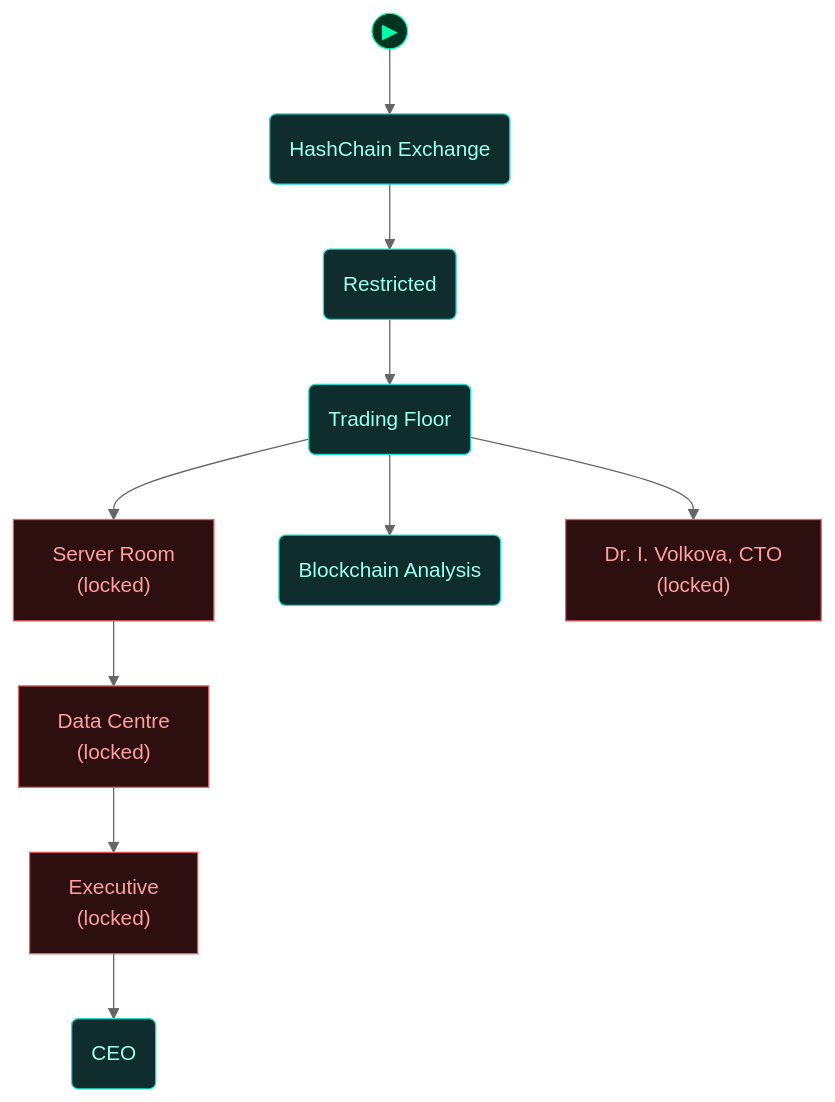
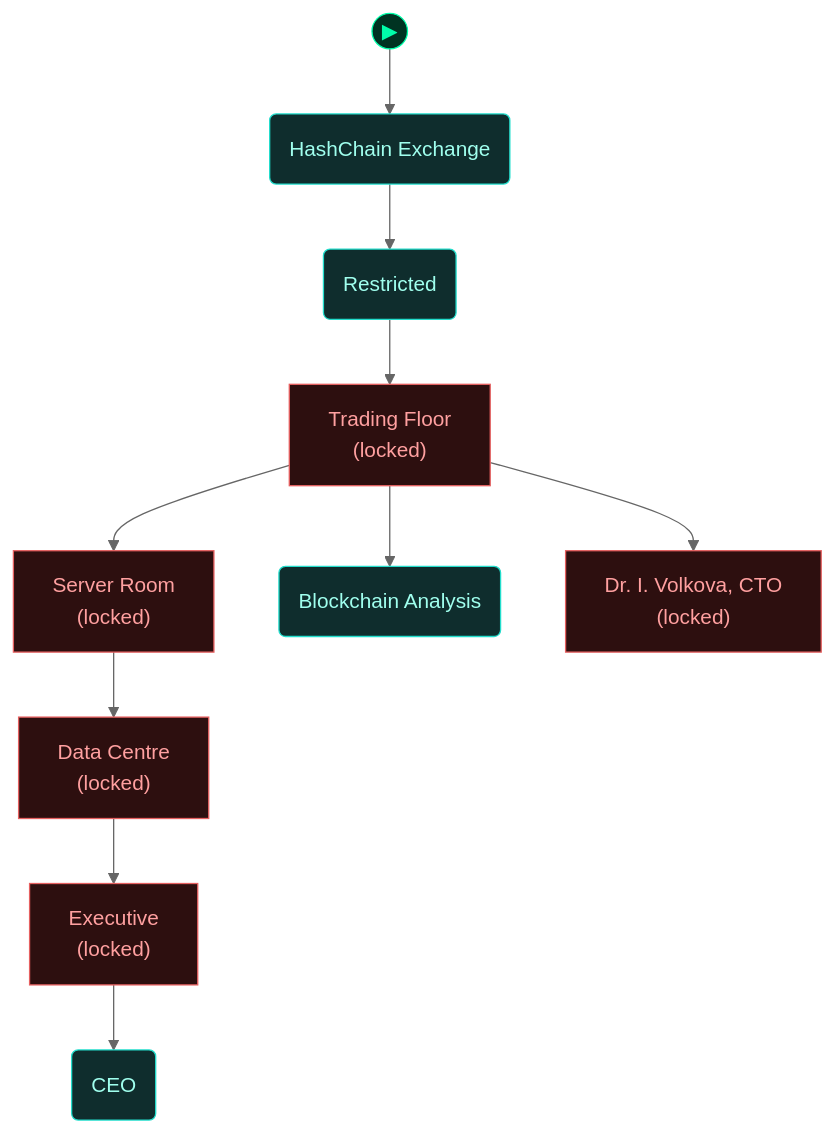
Before and after one commit to cliffe/BreakEscape: the fourth of 5 diagrams in scenarios/m06_follow_the_money/dungeon_graph.md, drawn with Mermaid (neutral theme). The commit also changed other lines of this file and 29 other files, not shown here.

````diff
--- a/scenarios/m06_follow_the_money/dungeon_graph.md
+++ b/scenarios/m06_follow_the_money/dungeon_graph.md
@@ -389,44 +395,44 @@
 ```mermaid
 flowchart TD
 
   classDef room      fill:#0f2d2d,stroke:#22ddcc,color:#a0ffee
   classDef lock      fill:#2d0f0f,stroke:#e66060,color:#ffa0a0
   classDef key       fill:#2d0812,stroke:#e66060,color:#ffa0a0
   classDef item      fill:#2d1200,stroke:#e89030,color:#ffcc80
   classDef gate      fill:#111,stroke:#666,color:#eee
   classDef vm        fill:#0c1f40,stroke:#4a90d9,color:#a0c8ff
   classDef flag      fill:#1a0c2d,stroke:#9060d0,color:#cc99ff
   classDef action    fill:#1a1200,stroke:#cc9922,color:#ffee88
   classDef aim       fill:#0d2a0d,stroke:#44cc44,color:#88ff88
   classDef aim_gate  fill:#111111,stroke:#44cc44,color:#44cc44
   classDef container fill:#1a2d1a,stroke:#60b060,color:#a0e0a0
   classDef npc       fill:#2d1f0d,stroke:#d0a050,color:#ffe0a0
   classDef critical  fill:#2a1500,stroke:#ffaa00,color:#ffdd88
   classDef start     fill:#003322,stroke:#00ffaa,color:#00ffaa
 
   node_start(("▶"))
   node_start --> reception_lobby
 
   reception_lobby("HashChain Exchange")
   security_checkpoint("Restricted")
-  trading_floor("Trading Floor")
+  trading_floor["Trading Floor<br/>(locked)"]
   server_room["Server Room<br/>(locked)"]
   data_center["Data Centre<br/>(locked)"]
   blockchain_lab("Blockchain Analysis")
-  elena_office["Dr. I. Volkova, CTO<br/>(locked)"]
+  irina_office["Dr. I. Volkova, CTO<br/>(locked)"]
   executive_wing["Executive<br/>(locked)"]
   satoshi_office("CEO")
 
   reception_lobby --> security_checkpoint
   security_checkpoint --> trading_floor
   trading_floor --> server_room
   trading_floor --> blockchain_lab
-  trading_floor --> elena_office
+  trading_floor --> irina_office
   server_room --> data_center
   data_center --> executive_wing
   executive_wing --> satoshi_office
 
-  class reception_lobby,security_checkpoint,trading_floor,blockchain_lab,satoshi_office room
-  class server_room,data_center,elena_office,executive_wing lock
+  class reception_lobby,security_checkpoint,blockchain_lab,satoshi_office room
+  class trading_floor,server_room,data_center,irina_office,executive_wing lock
   class node_start start
 ```
````
